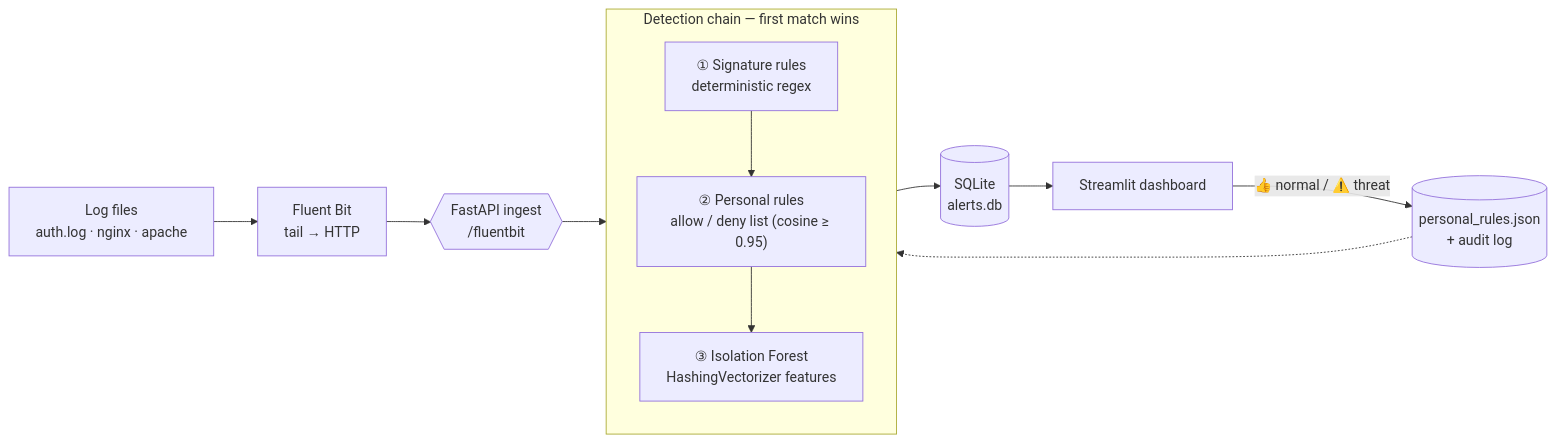
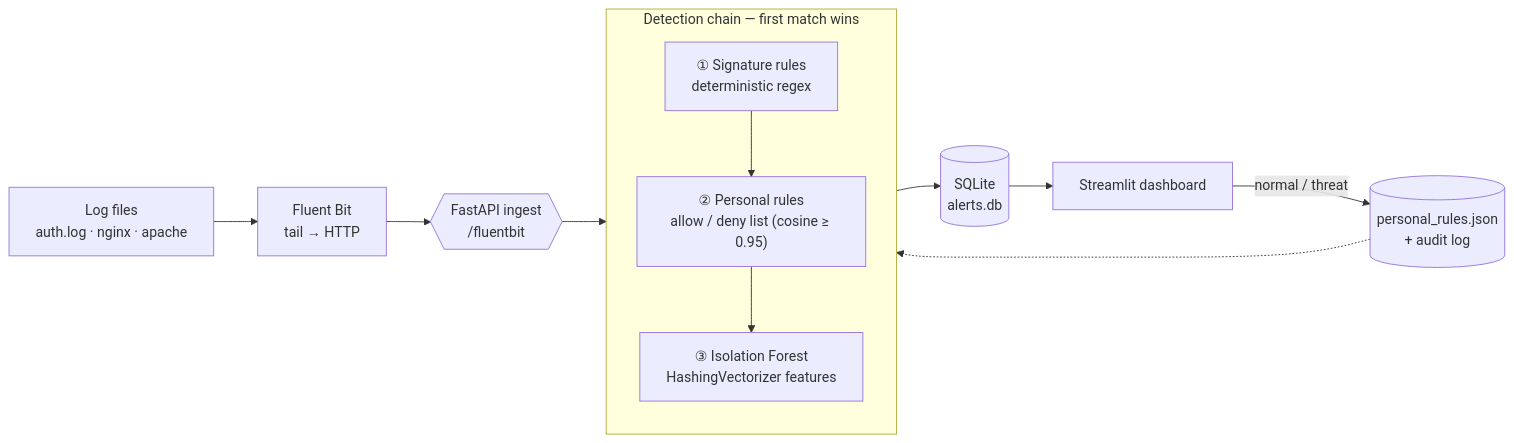
The diagram in README.md (memspy/logrecon), drawn with Mermaid before and after one commit. The commit also changed other lines of this file, not shown here.

````diff
--- a/README.md
+++ b/README.md
@@ -74,19 +74,19 @@
 ```mermaid
 flowchart LR
     A[Log files<br/>auth.log · nginx · apache] --> B[Fluent Bit<br/>tail → HTTP]
     B --> C{{FastAPI ingest<br/>/fluentbit}}
 
     subgraph Detection ["Detection chain — first match wins"]
         direction TB
         L1["① Signature rules<br/>deterministic regex"]
         L2["② Personal rules<br/>allow / deny list (cosine ≥ 0.95)"]
         L3["③ Isolation Forest<br/>HashingVectorizer features"]
         L1 --> L2 --> L3
     end
 
     C --> L1
     L3 --> D[(SQLite<br/>alerts.db)]
     D --> E[Streamlit dashboard]
-    E -- "👍 normal / ⚠️ threat" --> F[(personal_rules.json<br/>+ audit log)]
+    E -- " normal /  threat" --> F[(personal_rules.json<br/>+ audit log)]
     F -.-> L2
 ```
````
